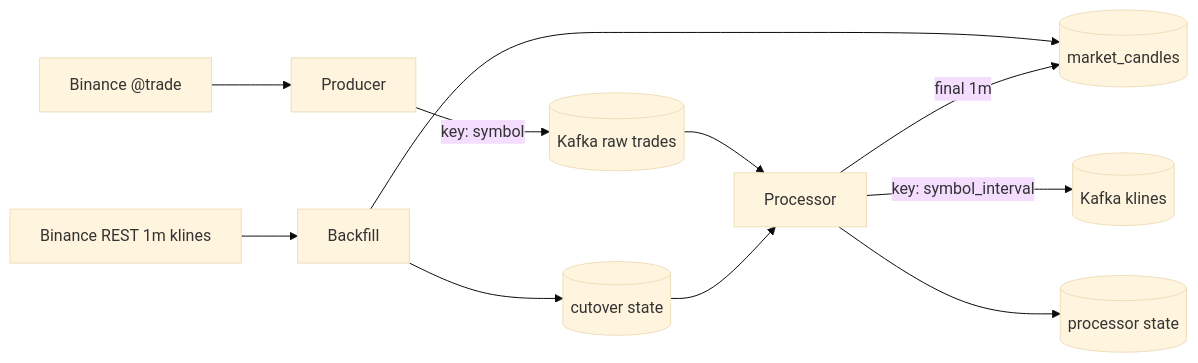
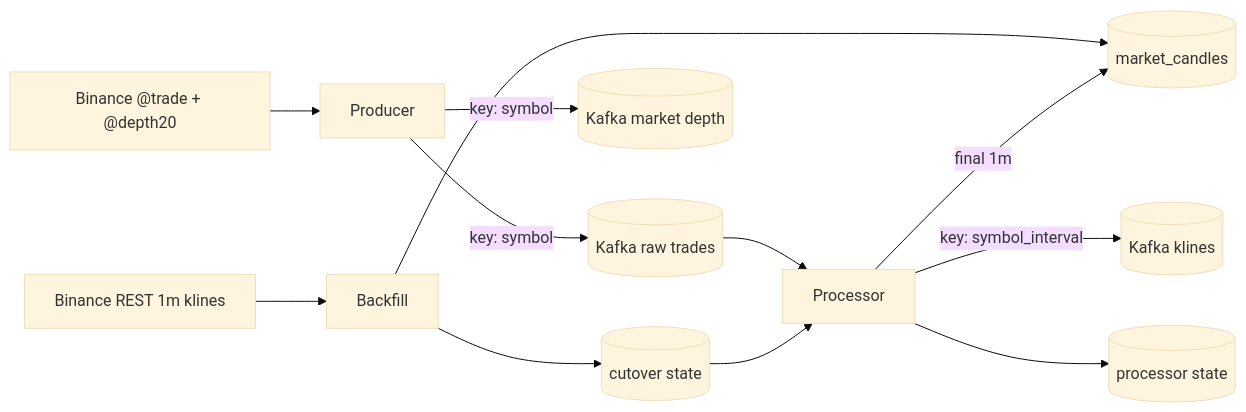
Before and after one commit to Zane-Theodore/NexTick: the diagram in data_pipeline/README.md, drawn with Mermaid (base theme). The commit also changed other lines of this file and 7 other files, not shown here.

Commit message:
feat: add support for partial market depth in Binance producer and normalization

````diff
--- a/data_pipeline/README.md
+++ b/data_pipeline/README.md
@@ -35,13 +36,14 @@
 ```mermaid
 flowchart LR
-  BinanceWS["Binance @trade"] --> Producer
+  BinanceWS["Binance @trade + @depth20"] --> Producer
   Producer -->|"key: symbol"| Trades[("Kafka raw trades")]
+  Producer -->|"key: symbol"| Depth[("Kafka market depth")]
   Trades --> Processor
   BinanceREST["Binance REST 1m klines"] --> Backfill
   Backfill --> QuestDB[("market_candles")]
   Backfill --> Cutover[("cutover state")]
   Cutover --> Processor
   Processor -->|"final 1m"| QuestDB
   Processor -->|"key: symbol_interval"| Klines[("Kafka klines")]
   Processor --> Recovery[("processor state")]
 ```
````
